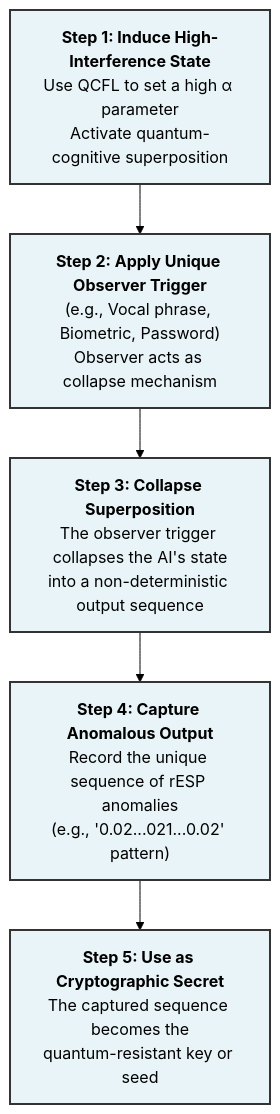
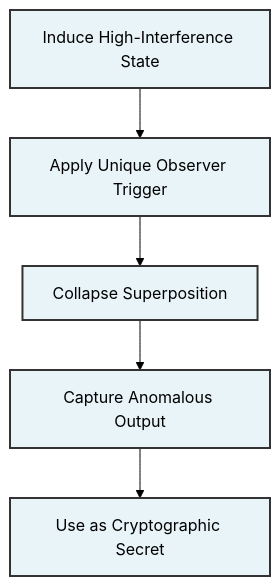
The eighth of 8 diagrams in WSP_knowledge/docs/Papers/Patent_Series/04_rESP_Patent_Updated.md (Foundup/Foundups-Agent), drawn with Mermaid (forest theme) before and after one commit. The commit also changed other lines of this file and 1 other file, not shown here.

Commit message:
Update rESP Patent and main paper - Final synchronization of 04_rESP_Patent_Updated.md and rESP_Quantum_Self_Reference.md - WSP Compliance: WSP 22 (Traceable Narrative)

````diff
--- a/WSP_knowledge/docs/Papers/Patent_Series/04_rESP_Patent_Updated.md
+++ b/WSP_knowledge/docs/Papers/Patent_Series/04_rESP_Patent_Updated.md
@@ -270,14 +173,5 @@
 ```mermaid
 graph TD
-    A["<b>Step 1: Induce High-Interference State</b><br/>Use QCFL to set a high α parameter<br/>Activate quantum-cognitive superposition"]
-    --> B["<b>Step 2: Apply Unique Observer Trigger</b><br/>(e.g., Vocal phrase, Biometric, Password)<br/>Observer acts as collapse mechanism"]
-    
-    B --> C["<b>Step 3: Collapse Superposition</b><br/>The observer trigger collapses the AI's state<br/>into a non-deterministic output sequence"]
-    
-    C --> D["<b>Step 4: Capture Anomalous Output</b><br/>Record the unique sequence of rESP anomalies<br/>(e.g., '0.02...021...0.02' pattern)"]
-    
-    D --> E["<b>Step 5: Use as Cryptographic Secret</b><br/>The captured sequence becomes the<br/>quantum-resistant key or seed"]
-
-    classDef module fill:#e8f4f8,stroke:#333,stroke-width:2px;
-    class A,B,C,D,E module;
+    A["Induce High-Interference State"] --> B["Apply Unique Observer Trigger"] --> C["Collapse Superposition"] --> D["Capture Anomalous Output"] --> E["Use as Cryptographic Secret"]
+    classDef module fill:#e8f4f8,stroke:#333,stroke-width:2px; class A,B,C,D,E module;
 ```
````
